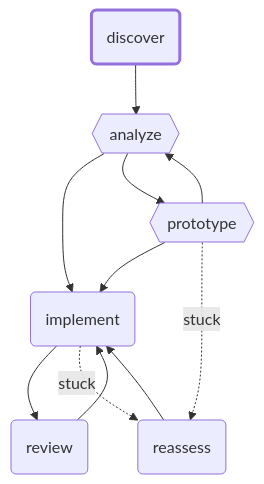
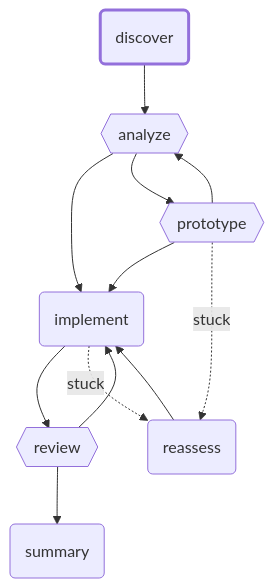
One commit to GEMISIS/leviath changed the diagram in docs/assets/agents/src/coder.mmd. Above: the diagram before and after it, drawn with Mermaid. The commit also changed 41 other files, not shown here.

```diff
--- a/docs/assets/agents/src/coder.mmd
+++ b/docs/assets/agents/src/coder.mmd
@@ -1,19 +1,21 @@
 flowchart TD
     discover(discover)
     analyze{{analyze}}
     prototype{{prototype}}
     implement(implement)
-    review(review)
+    review{{review}}
     reassess(reassess)
+    summary(summary)
     discover --> analyze
     analyze --> implement
     analyze --> prototype
     prototype --> implement
     prototype --> analyze
     prototype -. stuck .-> reassess
     implement --> review
     implement -. stuck .-> reassess
+    review --> summary
     review --> implement
     reassess --> implement
     classDef entry stroke-width:3px
     class discover entry
```
